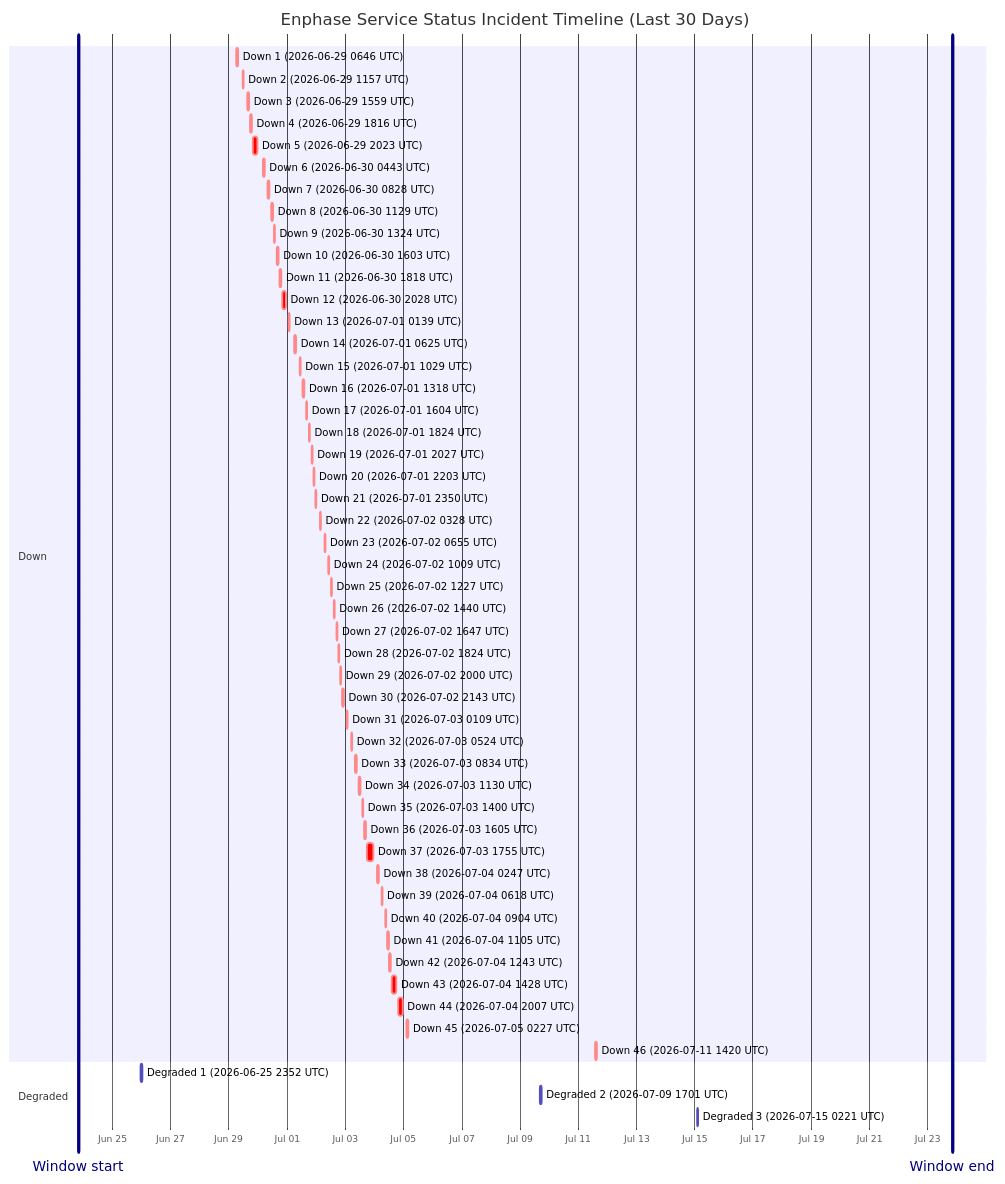
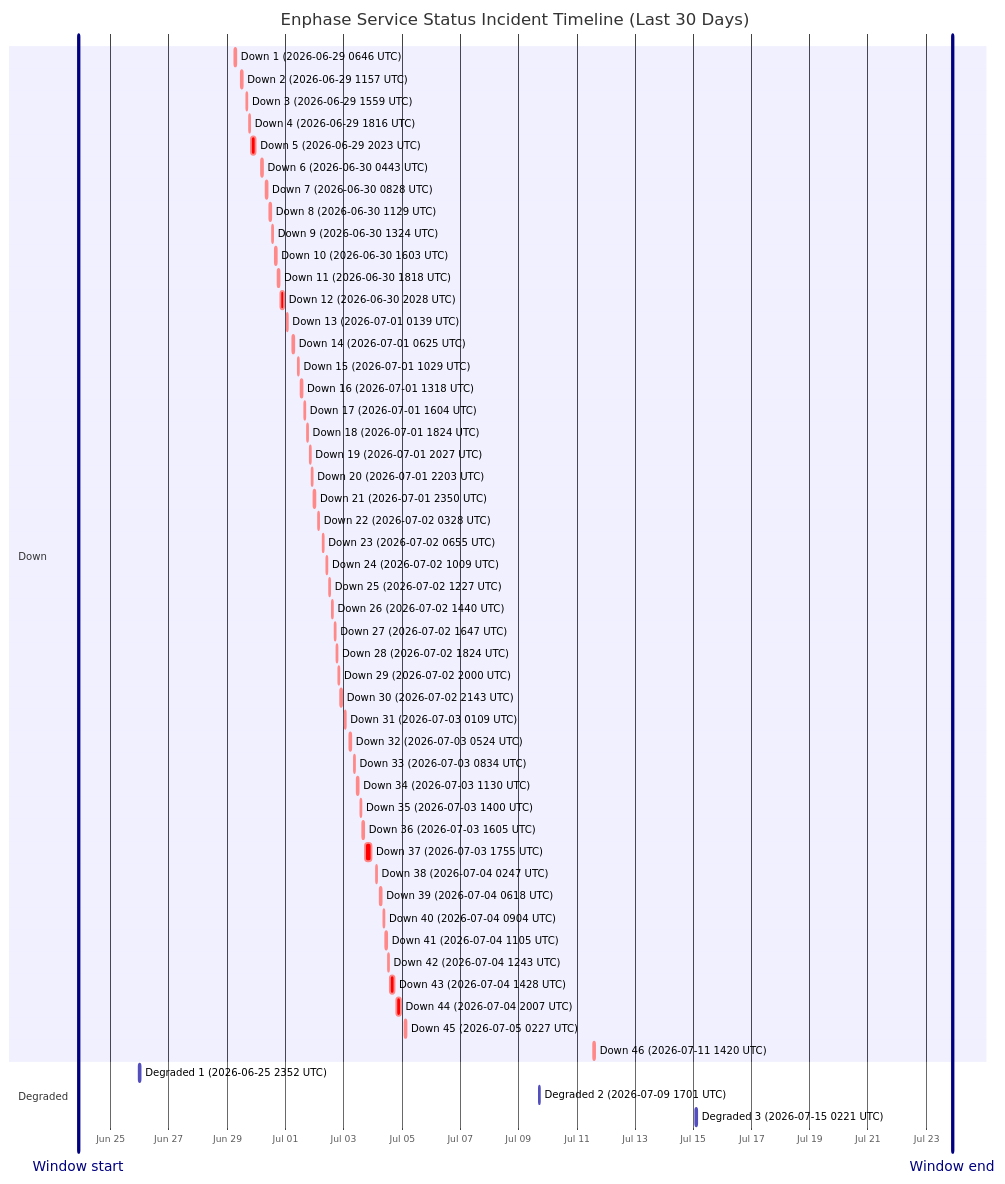
Before and after one commit to barneyonline/ha-enphase-energy: the diagram in wiki/Service-Status-History.md, drawn with Mermaid. The commit also changed other lines of this file and 3 other files, not shown here.

````diff
--- a/wiki/Service-Status-History.md
+++ b/wiki/Service-Status-History.md
@@ -14,59 +14,59 @@
 ```mermaid
 gantt
     title Enphase Service Status Incident Timeline (Last 30 Days)
     dateFormat  YYYY-MM-DDTHH:mm:ss
     axisFormat  %b %d
-    Window start :vert, window-start, 2026-06-23T20:10:47, 0ms
-    Window end :vert, window-end, 2026-07-23T20:10:47, 0ms
+    Window start :vert, window-start, 2026-06-23T21:34:32, 0ms
+    Window end :vert, window-end, 2026-07-23T21:34:32, 0ms
     section Down
     Down 1 (2026-06-29 0646 UTC) :crit, down-1, 2026-06-29T06:46:18, 60m
     Down 2 (2026-06-29 1157 UTC) :crit, down-2, 2026-06-29T11:57:36, 60m
     Down 3 (2026-06-29 1559 UTC) :crit, down-3, 2026-06-29T15:59:02, 60m
     Down 4 (2026-06-29 1816 UTC) :crit, down-4, 2026-06-29T18:16:38, 60m
     Down 5 (2026-06-29 2023 UTC) :crit, down-5, 2026-06-29T20:23:16, 220m
     Down 6 (2026-06-30 0443 UTC) :crit, down-6, 2026-06-30T04:43:54, 60m
     Down 7 (2026-06-30 0828 UTC) :crit, down-7, 2026-06-30T08:28:43, 60m
     Down 8 (2026-06-30 1129 UTC) :crit, down-8, 2026-06-30T11:29:15, 60m
     Down 9 (2026-06-30 1324 UTC) :crit, down-9, 2026-06-30T13:24:25, 60m
     Down 10 (2026-06-30 1603 UTC) :crit, down-10, 2026-06-30T16:03:26, 60m
     Down 11 (2026-06-30 1818 UTC) :crit, down-11, 2026-06-30T18:18:39, 60m
     Down 12 (2026-06-30 2028 UTC) :crit, down-12, 2026-06-30T20:28:54, 171m
     Down 13 (2026-07-01 0139 UTC) :crit, down-13, 2026-07-01T01:39:18, 60m
     Down 14 (2026-07-01 0625 UTC) :crit, down-14, 2026-07-01T06:25:35, 60m
     Down 15 (2026-07-01 1029 UTC) :crit, down-15, 2026-07-01T10:29:24, 60m
     Down 16 (2026-07-01 1318 UTC) :crit, down-16, 2026-07-01T13:18:31, 60m
     Down 17 (2026-07-01 1604 UTC) :crit, down-17, 2026-07-01T16:04:29, 60m
     Down 18 (2026-07-01 1824 UTC) :crit, down-18, 2026-07-01T18:24:21, 60m
     Down 19 (2026-07-01 2027 UTC) :crit, down-19, 2026-07-01T20:27:17, 60m
     Down 20 (2026-07-01 2203 UTC) :crit, down-20, 2026-07-01T22:03:46, 60m
     Down 21 (2026-07-01 2350 UTC) :crit, down-21, 2026-07-01T23:50:52, 60m
     Down 22 (2026-07-02 0328 UTC) :crit, down-22, 2026-07-02T03:28:33, 60m
     Down 23 (2026-07-02 0655 UTC) :crit, down-23, 2026-07-02T06:55:07, 60m
     Down 24 (2026-07-02 1009 UTC) :crit, down-24, 2026-07-02T10:09:15, 60m
     Down 25 (2026-07-02 1227 UTC) :crit, down-25, 2026-07-02T12:27:49, 60m
     Down 26 (2026-07-02 1440 UTC) :crit, down-26, 2026-07-02T14:40:53, 60m
     Down 27 (2026-07-02 1647 UTC) :crit, down-27, 2026-07-02T16:47:47, 60m
     Down 28 (2026-07-02 1824 UTC) :crit, down-28, 2026-07-02T18:24:26, 60m
     Down 29 (2026-07-02 2000 UTC) :crit, down-29, 2026-07-02T20:00:57, 60m
     Down 30 (2026-07-02 2143 UTC) :crit, down-30, 2026-07-02T21:43:52, 80m
     Down 31 (2026-07-03 0109 UTC) :crit, down-31, 2026-07-03T01:09:19, 60m
     Down 32 (2026-07-03 0524 UTC) :crit, down-32, 2026-07-03T05:24:23, 60m
     Down 33 (2026-07-03 0834 UTC) :crit, down-33, 2026-07-03T08:34:05, 60m
     Down 34 (2026-07-03 1130 UTC) :crit, down-34, 2026-07-03T11:30:41, 60m
     Down 35 (2026-07-03 1400 UTC) :crit, down-35, 2026-07-03T14:00:48, 60m
     Down 36 (2026-07-03 1605 UTC) :crit, down-36, 2026-07-03T16:05:49, 60m
     Down 37 (2026-07-03 1755 UTC) :crit, down-37, 2026-07-03T17:55:54, 338m
     Down 38 (2026-07-04 0247 UTC) :crit, down-38, 2026-07-04T02:47:22, 60m
     Down 39 (2026-07-04 0618 UTC) :crit, down-39, 2026-07-04T06:18:09, 60m
     Down 40 (2026-07-04 0904 UTC) :crit, down-40, 2026-07-04T09:04:41, 60m
     Down 41 (2026-07-04 1105 UTC) :crit, down-41, 2026-07-04T11:05:21, 60m
     Down 42 (2026-07-04 1243 UTC) :crit, down-42, 2026-07-04T12:43:25, 60m
     Down 43 (2026-07-04 1428 UTC) :crit, down-43, 2026-07-04T14:28:07, 243m
     Down 44 (2026-07-04 2007 UTC) :crit, down-44, 2026-07-04T20:07:50, 206m
     Down 45 (2026-07-05 0227 UTC) :crit, down-45, 2026-07-05T02:27:32, 109m
     Down 46 (2026-07-11 1420 UTC) :crit, down-46, 2026-07-11T14:20:54, 69m
     section Degraded
     Degraded 1 (2026-06-25 2352 UTC) :active, degraded-1, 2026-06-25T23:52:01, 60m
     Degraded 2 (2026-07-09 1701 UTC) :active, degraded-2, 2026-07-09T17:01:02, 60m
     Degraded 3 (2026-07-15 0221 UTC) :active, degraded-3, 2026-07-15T02:21:35, 60m
 ```
````
